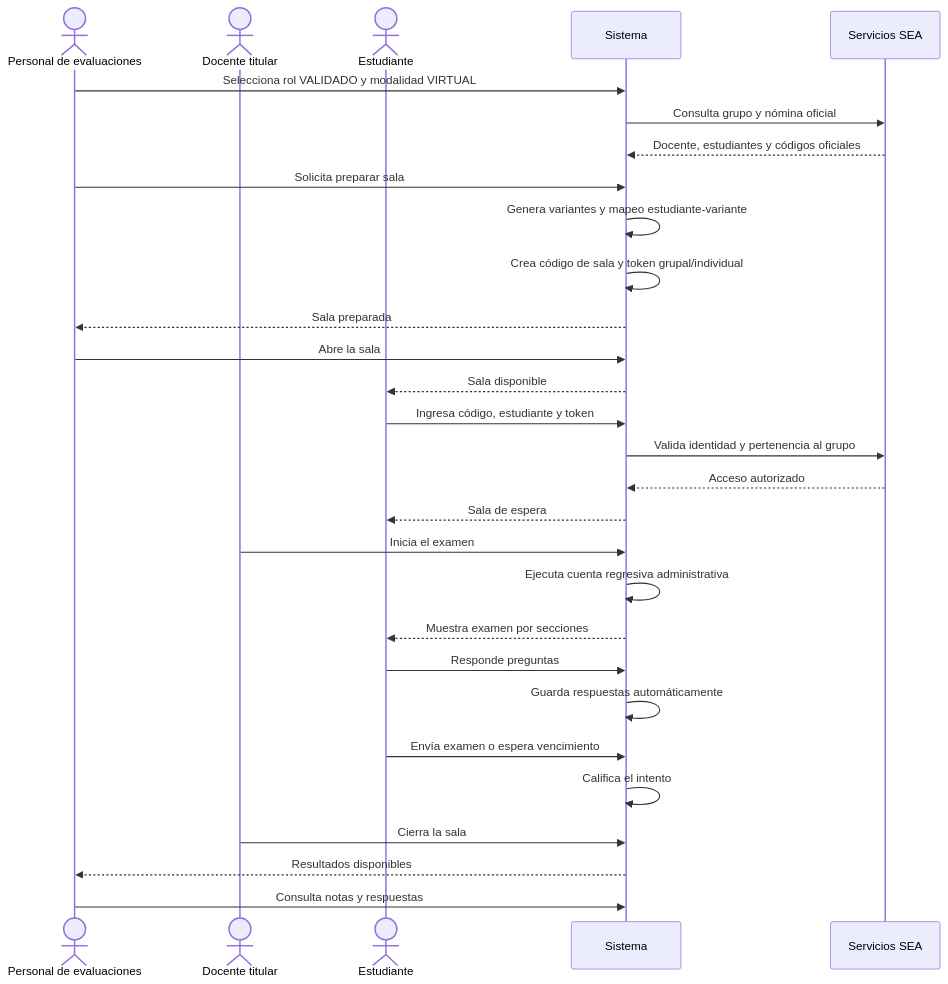
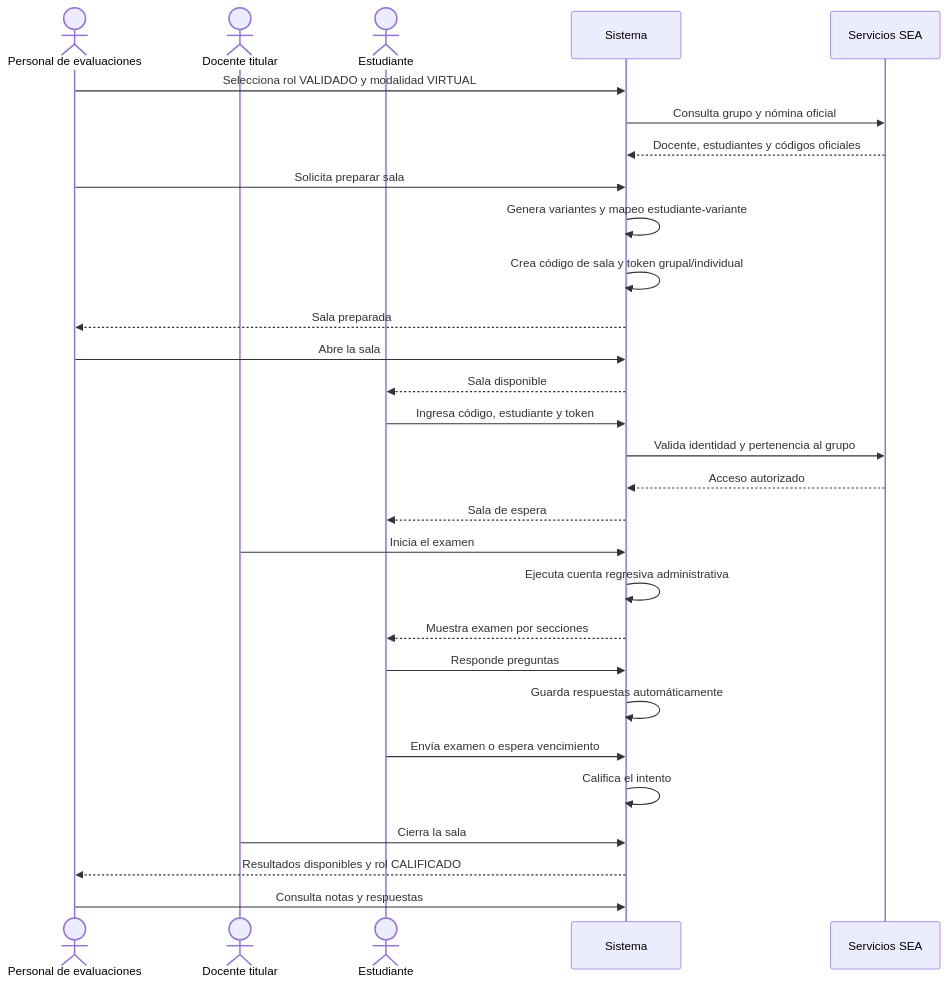
One commit to 4R13L-D3NY5/evaluaciones changed the fourth of 4 diagrams in docs/flujo-secuencia-uso-examenes.md. Above: the diagram before and after it, drawn with Mermaid. The commit also changed other lines of this file and 31 other files, not shown here.

````diff
--- a/docs/flujo-secuencia-uso-examenes.md
+++ b/docs/flujo-secuencia-uso-examenes.md
@@ -202,32 +202,32 @@
 ```mermaid
 sequenceDiagram
     actor Personal as Personal de evaluaciones
     actor Docente as Docente titular
     actor Estudiante as Estudiante
     participant Sistema as Sistema
     participant SEA as Servicios SEA
 
     Personal->>Sistema: Selecciona rol VALIDADO y modalidad VIRTUAL
     Sistema->>SEA: Consulta grupo y nómina oficial
     SEA-->>Sistema: Docente, estudiantes y códigos oficiales
     Personal->>Sistema: Solicita preparar sala
     Sistema->>Sistema: Genera variantes y mapeo estudiante-variante
     Sistema->>Sistema: Crea código de sala y token grupal/individual
     Sistema-->>Personal: Sala preparada
     Personal->>Sistema: Abre la sala
     Sistema-->>Estudiante: Sala disponible
     Estudiante->>Sistema: Ingresa código, estudiante y token
     Sistema->>SEA: Valida identidad y pertenencia al grupo
     SEA-->>Sistema: Acceso autorizado
     Sistema-->>Estudiante: Sala de espera
     Docente->>Sistema: Inicia el examen
     Sistema->>Sistema: Ejecuta cuenta regresiva administrativa
     Sistema-->>Estudiante: Muestra examen por secciones
     Estudiante->>Sistema: Responde preguntas
     Sistema->>Sistema: Guarda respuestas automáticamente
     Estudiante->>Sistema: Envía examen o espera vencimiento
     Sistema->>Sistema: Califica el intento
     Docente->>Sistema: Cierra la sala
-    Sistema-->>Personal: Resultados disponibles
+    Sistema-->>Personal: Resultados disponibles y rol CALIFICADO
     Personal->>Sistema: Consulta notas y respuestas
 ```
````
